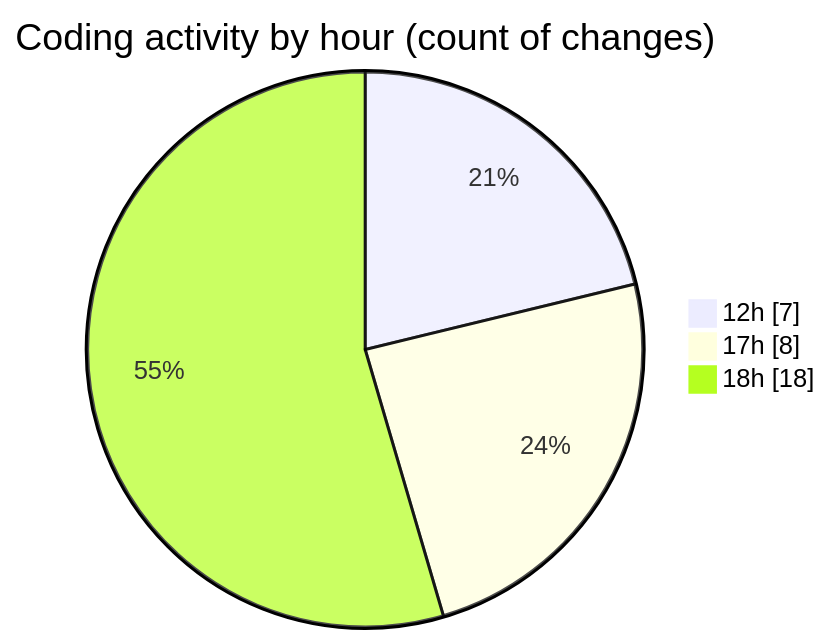
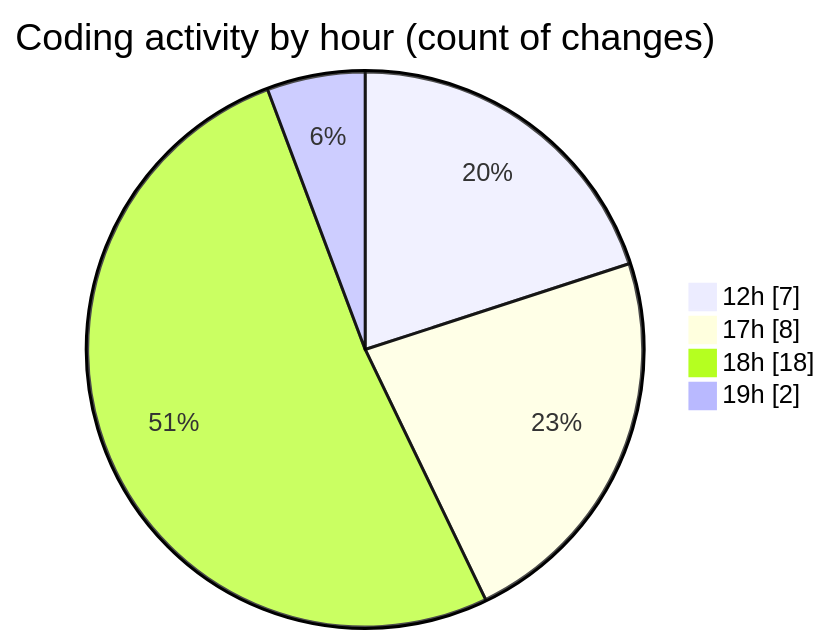
The second of 2 diagrams in 2025-07-24/nxtqube_webapp/README.md (nxtqubesakshisongat/code-tracking), drawn with Mermaid before and after one commit. The commit also changed other lines of this file and 1 other file, not shown here.

````diff
--- a/2025-07-24/nxtqube_webapp/README.md
+++ b/2025-07-24/nxtqube_webapp/README.md
@@ -36,7 +36,8 @@
 ```mermaid
 pie showData
 title Coding activity by hour (count of changes)
 "12h" : 7
 "17h" : 8
 "18h" : 18
+"19h" : 2
 ```
````
